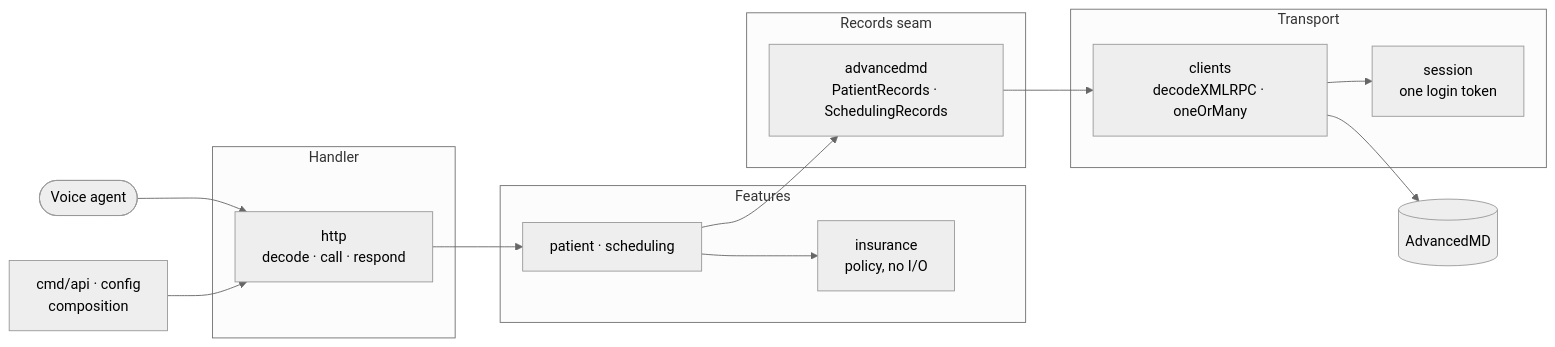
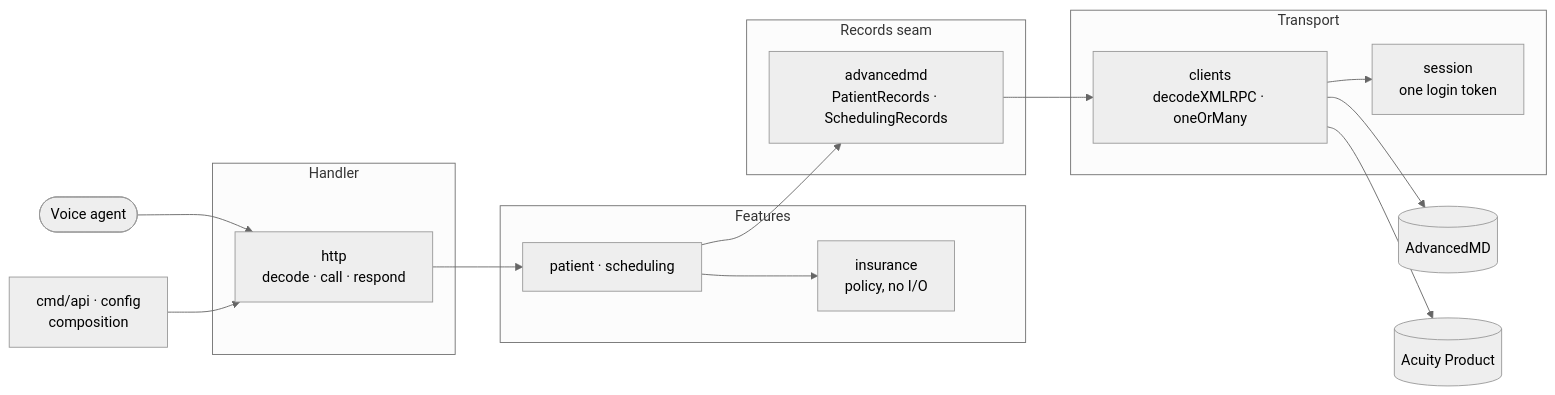
The first of 5 diagrams in README.md (Data-Buddies-Solutions/amd_middleware), drawn with Mermaid (neutral theme) before and after one commit. The commit also changed other lines of this file and 55 other files, not shown here.

````diff
--- a/README.md
+++ b/README.md
@@ -33,25 +33,26 @@
 ```mermaid
 flowchart LR
   agent(["Voice agent"]) --> http
   composition["cmd/api · config<br/>composition"] --> http
   subgraph handler["Handler"]
     http["http<br/>decode · call · respond"]
   end
   subgraph features["Features"]
     workflows["patient · scheduling"]
     insurance["insurance<br/>policy, no I/O"]
   end
   subgraph seam["Records seam"]
     records["advancedmd<br/>PatientRecords · SchedulingRecords"]
   end
   subgraph transport["Transport"]
     clients["clients<br/>decodeXMLRPC · oneOrMany"]
     session["session<br/>one login token"]
   end
   http --> workflows
   workflows --> insurance
   workflows --> records
   records --> clients
   clients --> session
   clients --> amd[("AdvancedMD")]
+  clients --> product[("Acuity Product")]
 ```
````
